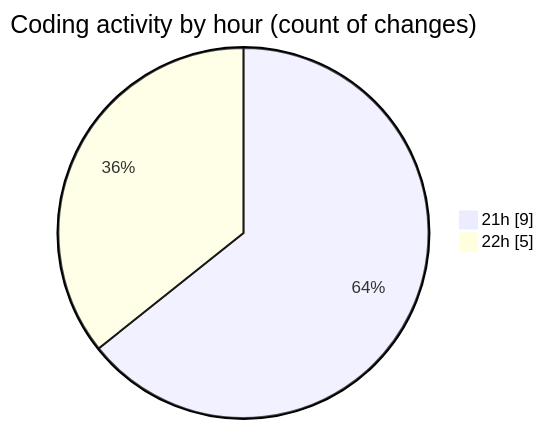
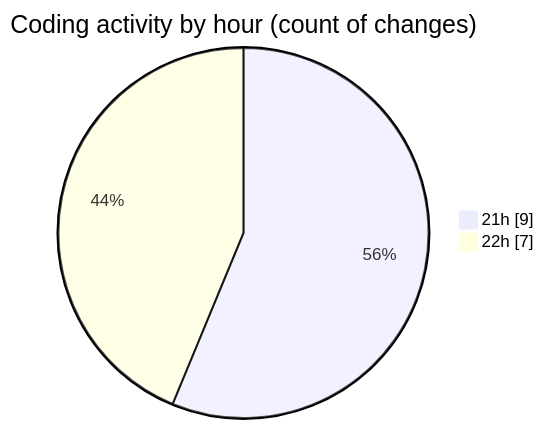
One commit to idhammustaqopulfikri/code-tracking changed the second of 2 diagrams in 2025-03-29/autodidak/README.md. Above: the diagram before and after it, drawn with Mermaid. The commit also changed other lines of this file and 1 other file, not shown here.

````diff
--- a/2025-03-29/autodidak/README.md
+++ b/2025-03-29/autodidak/README.md
@@ -34,6 +34,6 @@
 ```mermaid
 pie showData
 title Coding activity by hour (count of changes)
 "21h" : 9
-"22h" : 5
+"22h" : 7
 ```
````
